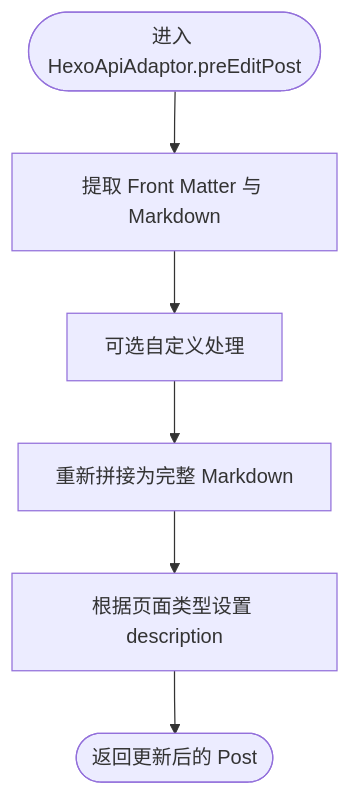
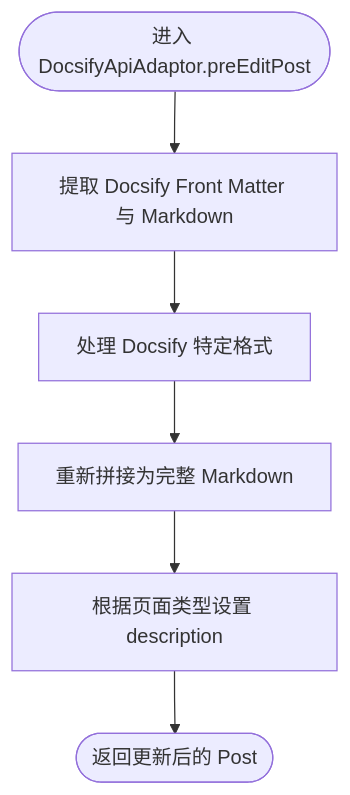
The fourth of 7 diagrams in .qoder/repowiki/zh/content/平台适配器系统/平台适配器系统.md (terwer/siyuan-plugin-publisher), drawn with Mermaid before and after one commit. The commit also changed other lines of this file and 12 other files, not shown here.

````diff
--- a/.qoder/repowiki/zh/content/平台适配器系统/平台适配器系统.md
+++ b/.qoder/repowiki/zh/content/平台适配器系统/平台适配器系统.md
@@ -156,8 +177,8 @@
 ```mermaid
 flowchart TD
-Start(["进入 HexoApiAdaptor.preEditPost"]) --> Extract["提取 Front Matter 与 Markdown"]
-Extract --> Modify["可选自定义处理"]
-Modify --> Reassemble["重新拼接为完整 Markdown"]
+Start(["进入 DocsifyApiAdaptor.preEditPost"]) --> Extract["提取 Docsify Front Matter 与 Markdown"]
+Extract --> Process["处理 Docsify 特定格式"]
+Process --> Reassemble["重新拼接为完整 Markdown"]
 Reassemble --> SetDesc["根据页面类型设置 description"]
 SetDesc --> End(["返回更新后的 Post"])
 ```
````
